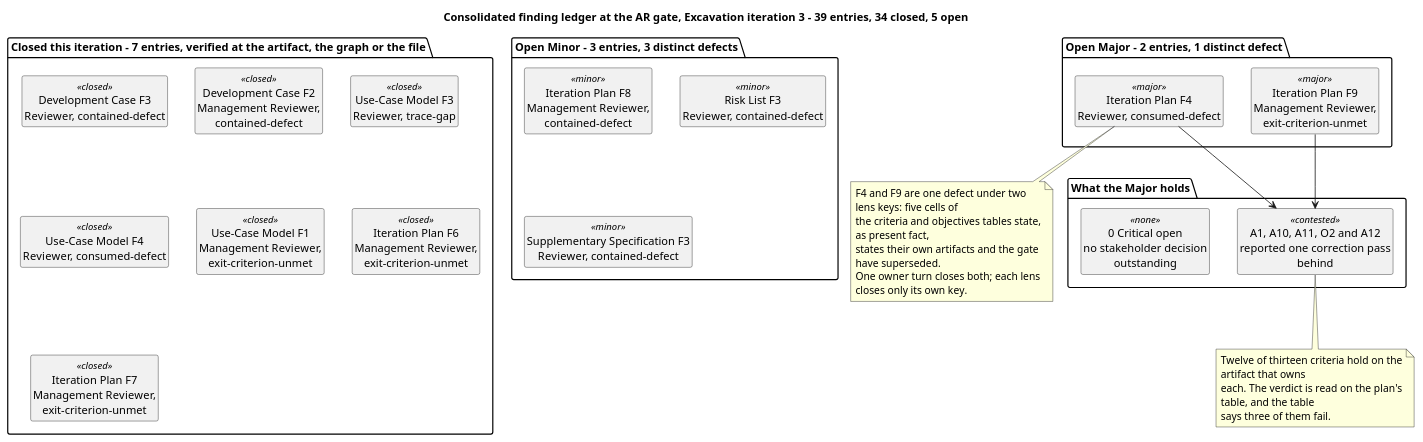
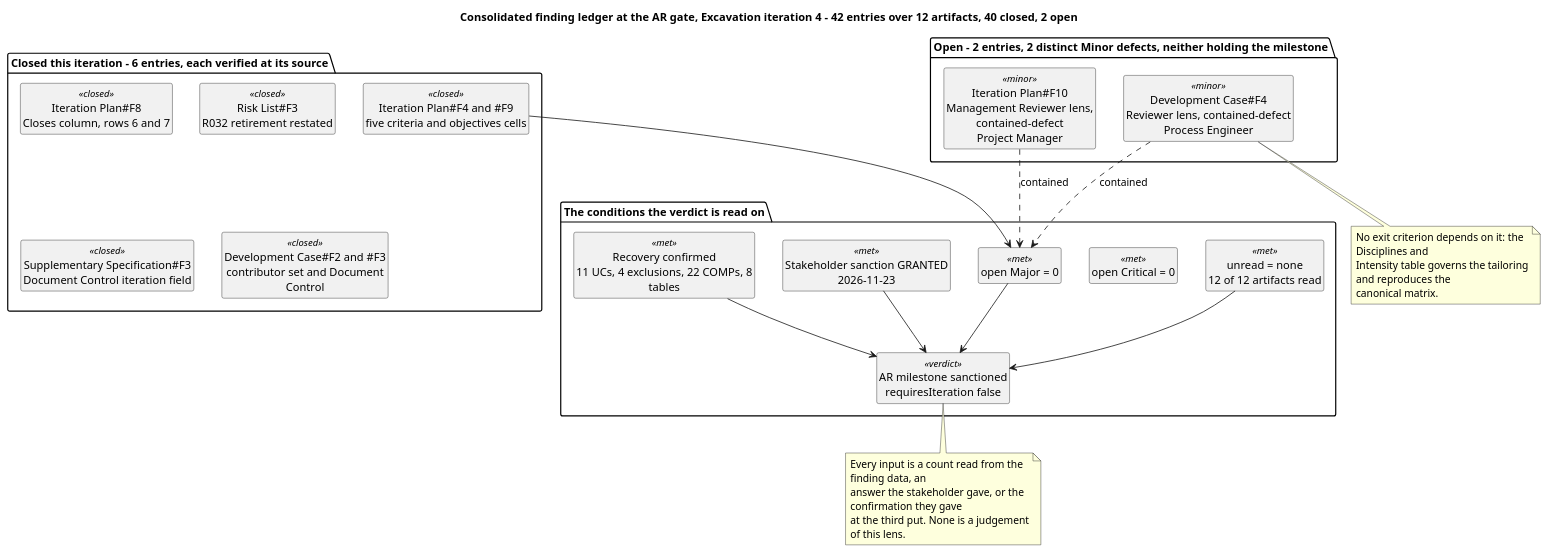
The eighth of 13 diagrams in docs/artifacts/project-management/review-record.md (banense-test/TodoApp), drawn with PlantUML before and after one commit. The commit also changed other lines of this file, not shown here.

First line of the commit message:
Review Coordinator [Excavation4]: upsert Review Record

````diff
--- a/docs/artifacts/project-management/review-record.md
+++ b/docs/artifacts/project-management/review-record.md
@@ -604,52 +602,51 @@
 ```plantuml
 @startuml
-title Consolidated finding ledger at the AR gate, Excavation iteration 3 - 39 entries, 34 closed, 5 open
-
+title Consolidated finding ledger at the AR gate, Excavation iteration 4 - 42 entries over 12 artifacts, 40 closed, 2 open
 skinparam shadowing false
 skinparam wrapWidth 235
 hide circle
 hide empty members
 
-package "Closed this iteration - 7 entries, verified at the artifact, the graph or the file" {
-  class "Development Case F3\nReviewer, contained-defect" as C1 <<closed>>
-  class "Development Case F2\nManagement Reviewer, contained-defect" as C2 <<closed>>
-  class "Use-Case Model F3\nReviewer, trace-gap" as C3 <<closed>>
-  class "Use-Case Model F4\nReviewer, consumed-defect" as C4 <<closed>>
-  class "Use-Case Model F1\nManagement Reviewer, exit-criterion-unmet" as C5 <<closed>>
-  class "Iteration Plan F6\nManagement Reviewer, exit-criterion-unmet" as C6 <<closed>>
-  class "Iteration Plan F7\nManagement Reviewer, exit-criterion-unmet" as C7 <<closed>>
+package "The conditions the verdict is read on" {
+  class "unread = none\n12 of 12 artifacts read" as X1 <<met>>
+  class "open Critical = 0" as X2 <<met>>
+  class "open Major = 0" as X3 <<met>>
+  class "Stakeholder sanction GRANTED\n2026-11-23" as X4 <<met>>
+  class "Recovery confirmed\n11 UCs, 4 exclusions, 22 COMPs, 8 tables" as X5 <<met>>
+  class "AR milestone sanctioned\nrequiresIteration false" as V <<verdict>>
 }
 
-package "Open Major - 2 entries, 1 distinct defect" {
-  class "Iteration Plan F4\nReviewer, consumed-defect" as M1 <<major>>
-  class "Iteration Plan F9\nManagement Reviewer, exit-criterion-unmet" as M2 <<major>>
+package "Open - 2 entries, 2 distinct Minor defects, neither holding the milestone" {
+  class "Development Case#F4\nReviewer lens, contained-defect\nProcess Engineer" as M1 <<minor>>
+  class "Iteration Plan#F10\nManagement Reviewer lens, contained-defect\nProject Manager" as M2 <<minor>>
 }
 
-package "Open Minor - 3 entries, 3 distinct defects" {
-  class "Iteration Plan F8\nManagement Reviewer, contained-defect" as m1 <<minor>>
-  class "Risk List F3\nReviewer, contained-defect" as m2 <<minor>>
-  class "Supplementary Specification F3\nReviewer, contained-defect" as m3 <<minor>>
+package "Closed this iteration - 6 entries, each verified at its source" {
+  class "Iteration Plan#F4 and #F9\nfive criteria and objectives cells" as C1 <<closed>>
+  class "Iteration Plan#F8\nCloses column, rows 6 and 7" as C2 <<closed>>
+  class "Risk List#F3\nR032 retirement restated" as C3 <<closed>>
+  class "Supplementary Specification#F3\nDocument Control iteration field" as C4 <<closed>>
+  class "Development Case#F2 and #F3\ncontributor set and Document Control" as C5 <<closed>>
 }
 
-package "What the Major holds" {
-  class "A1, A10, A11, O2 and A12\nreported one correction pass behind" as CRIT <<contested>>
-  class "0 Critical open\nno stakeholder decision outstanding" as NC <<none>>
-}
+M1 ..> X3 : contained
+M2 ..> X3 : contained
+C1 --> X3
+X1 --> V
+X3 --> V
+X4 --> V
+X5 --> V
 
-M1 --> CRIT
-M2 --> CRIT
-
+note bottom of V
+  Every input is a count read from the finding data, an
+  answer the stakeholder gave, or the confirmation they gave
+  at the third put. None is a judgement of this lens.
+end note
 note bottom of M1
-  F4 and F9 are one defect under two lens keys: five cells of
-  the criteria and objectives tables state, as present fact,
-  states their own artifacts and the gate have superseded.
-  One owner turn closes both; each lens closes only its own key.
-end note
-note bottom of CRIT
-  Twelve of thirteen criteria hold on the artifact that owns
-  each. The verdict is read on the plan's table, and the table
-  says three of them fail.
+  No exit criterion depends on it: the Disciplines and
+  Intensity table governs the tailoring and reproduces the
+  canonical matrix.
 end note
 
 @enduml
 ```
````
